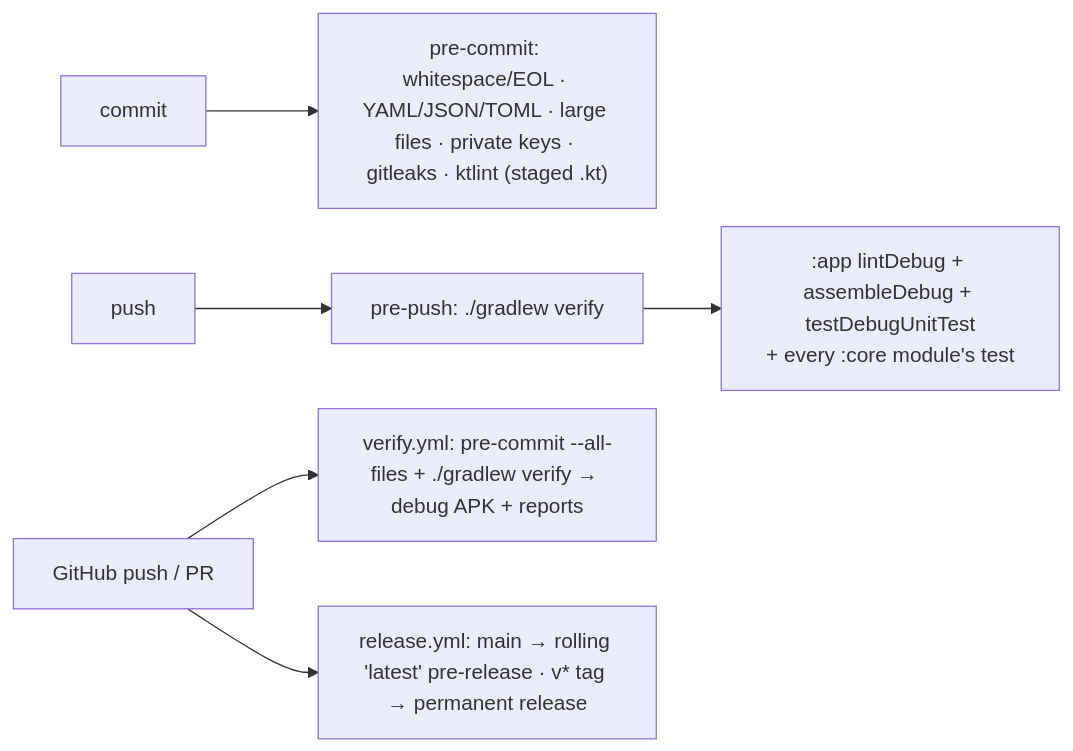
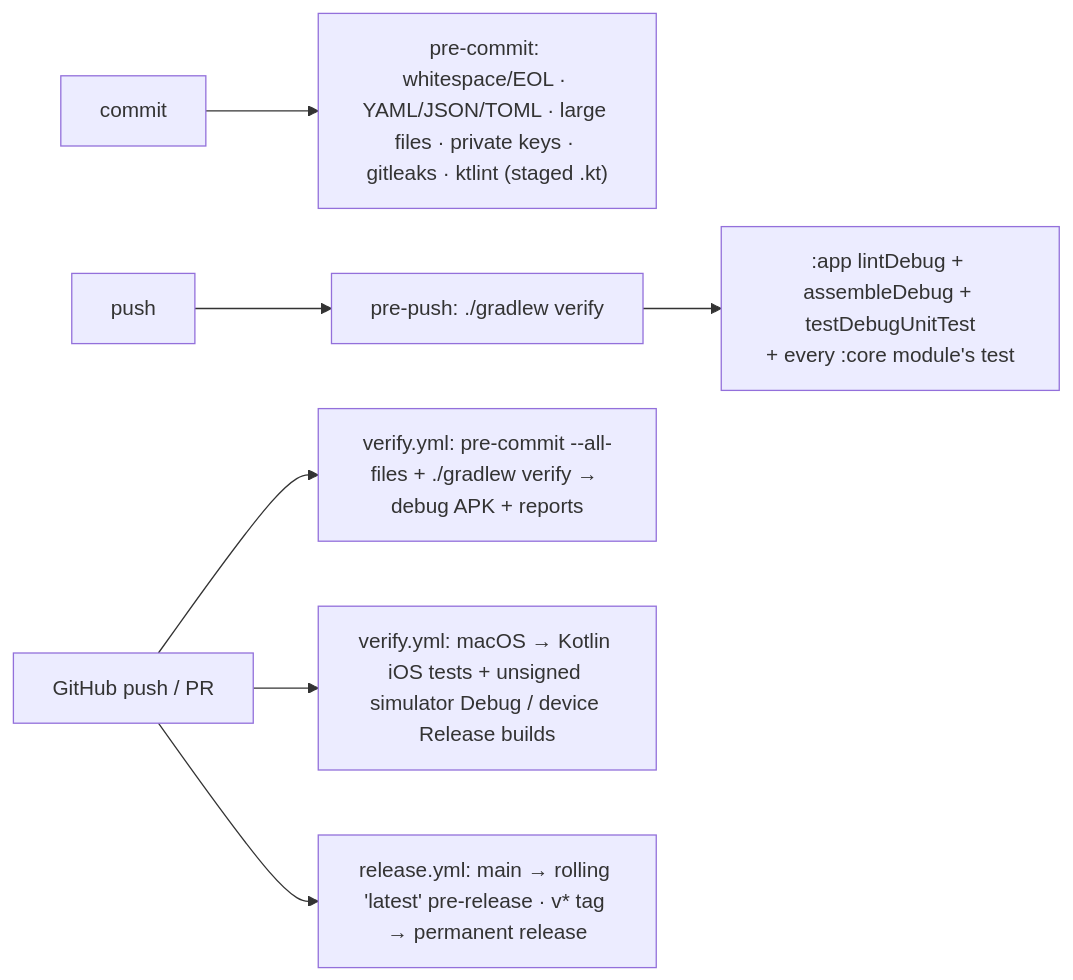
Before and after one commit to walkthru-earth/opensensor-space-mobile: the diagram in docs/build-and-release.md, drawn with Mermaid. The commit also changed other lines of this file and 5 other files, not shown here.

Commit message:
Validate iOS simulator and device builds with Xcode 27

````diff
--- a/docs/build-and-release.md
+++ b/docs/build-and-release.md
@@ -9,8 +9,9 @@
 ```mermaid
 flowchart LR
   C[commit] --> H["pre-commit: whitespace/EOL · YAML/JSON/TOML · large files · private keys · gitleaks · ktlint (staged .kt)"]
   P[push] --> V["pre-push: ./gradlew verify"]
   V --> T[":app lintDebug + assembleDebug + testDebugUnitTest<br/>+ every :core module's test"]
   GH[GitHub push / PR] --> W["verify.yml: pre-commit --all-files + ./gradlew verify → debug APK + reports"]
+  GH --> I["verify.yml: macOS → Kotlin iOS tests + unsigned simulator Debug / device Release builds"]
   GH --> R["release.yml: main → rolling 'latest' pre-release · v* tag → permanent release"]
 ```
````
